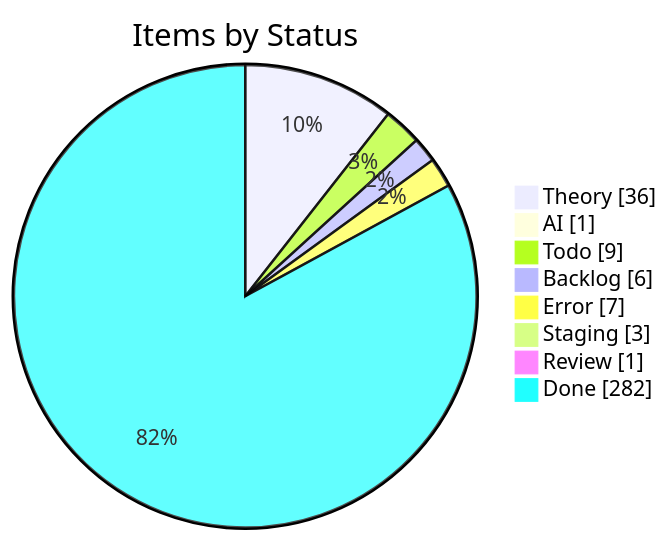
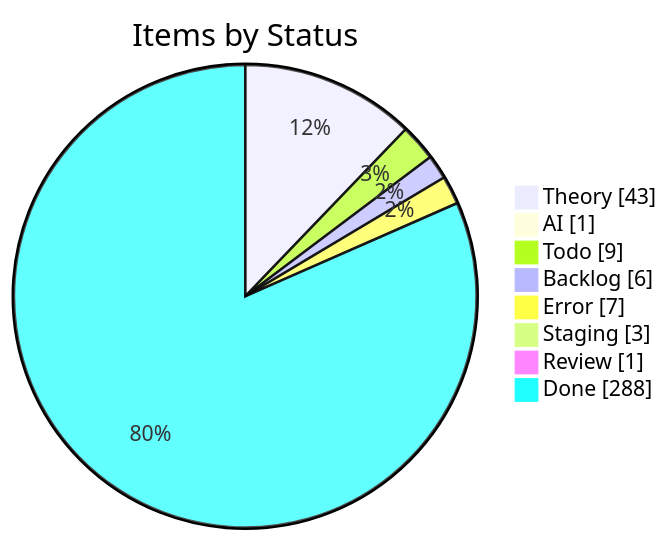
One commit to KBVE/kbve changed the first of 4 diagrams in apps/kbve/astro-kbve/src/content/docs/dashboard/kanban-data.mdx. Above: the diagram before and after it, drawn with Mermaid. The commit also changed other lines of this file and 8 other files, not shown here.

````diff
--- a/apps/kbve/astro-kbve/src/content/docs/dashboard/kanban-data.mdx
+++ b/apps/kbve/astro-kbve/src/content/docs/dashboard/kanban-data.mdx
@@ -55,12 +55,12 @@
 ```mermaid
 pie showData
     title Items by Status
-    "Theory" : 36
+    "Theory" : 43
     "AI" : 1
     "Todo" : 9
     "Backlog" : 6
     "Error" : 7
     "Staging" : 3
     "Review" : 1
-    "Done" : 282
+    "Done" : 288
 ```
````
